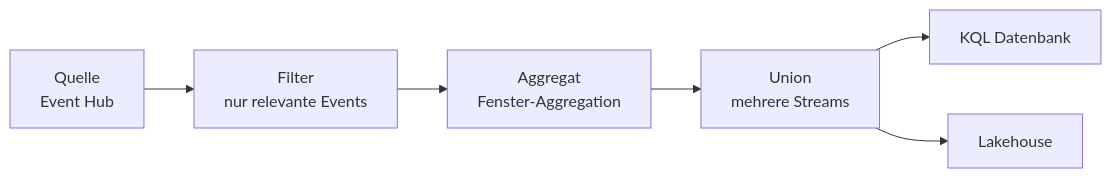
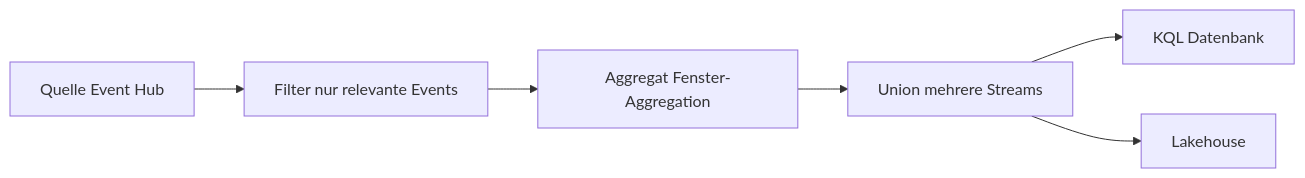
The second of 5 diagrams in Microsoft 365/Azure/Fabric/Fabric Real-Time Intelligence.md (SoniiiT/notes-n-docs), drawn with Mermaid before and after one commit. The commit also changed other lines of this file and 124 other files, not shown here.

First line of the commit message:
fix: Entferne \n aus allen Mermaid-Diagrammen (125 Dateien)

````diff
--- a/Microsoft 365/Azure/Fabric/Fabric Real-Time Intelligence.md
+++ b/Microsoft 365/Azure/Fabric/Fabric Real-Time Intelligence.md
@@ -95,8 +95,8 @@
 ```mermaid
 graph LR
-    SRC[Quelle\nEvent Hub] --> FILT[Filter\nnur relevante Events]
-    FILT --> AGG[Aggregat\nFenster-Aggregation]
-    AGG --> UNION[Union\nmehrere Streams]
+    SRC[Quelle Event Hub] --> FILT[Filter nur relevante Events]
+    FILT --> AGG[Aggregat Fenster-Aggregation]
+    AGG --> UNION[Union mehrere Streams]
     UNION --> ZIEL1[KQL Datenbank]
     UNION --> ZIEL2[Lakehouse]
 ```
````
